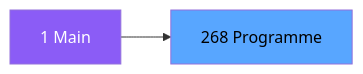
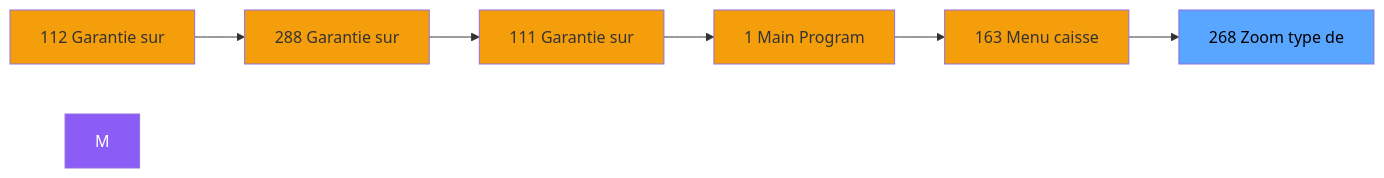
The second of 3 diagrams in .openspec/specs/ADH-IDE-268.md (thonyAGP/magic-migration), drawn with Mermaid before and after one commit. The commit also changed other lines of this file and 323 other files, not shown here.

````diff
--- a/.openspec/specs/ADH-IDE-268.md
+++ b/.openspec/specs/ADH-IDE-268.md
@@ -98,8 +121,21 @@
 ```mermaid
 graph LR
-    M[1 Main]
-    T[268 Programme]
-    M --> T
+    N112[112 Garantie sur]
+    N288[288 Garantie sur]
+    N111[111 Garantie sur]
+    N1[1 Main Program]
+    N163[163 Menu caisse ]
+    T[268 Zoom type de]
+    N112 --> N288
+    N288 --> N111
+    N111 --> N1
+    N1 --> N163
+    N163 --> T
     style M fill:#8b5cf6,color:#fff
+    style N112 fill:#f59e0b
+    style N288 fill:#f59e0b
+    style N111 fill:#f59e0b
+    style N1 fill:#f59e0b
+    style N163 fill:#f59e0b
     style T fill:#58a6ff,color:#000
 ```
````
